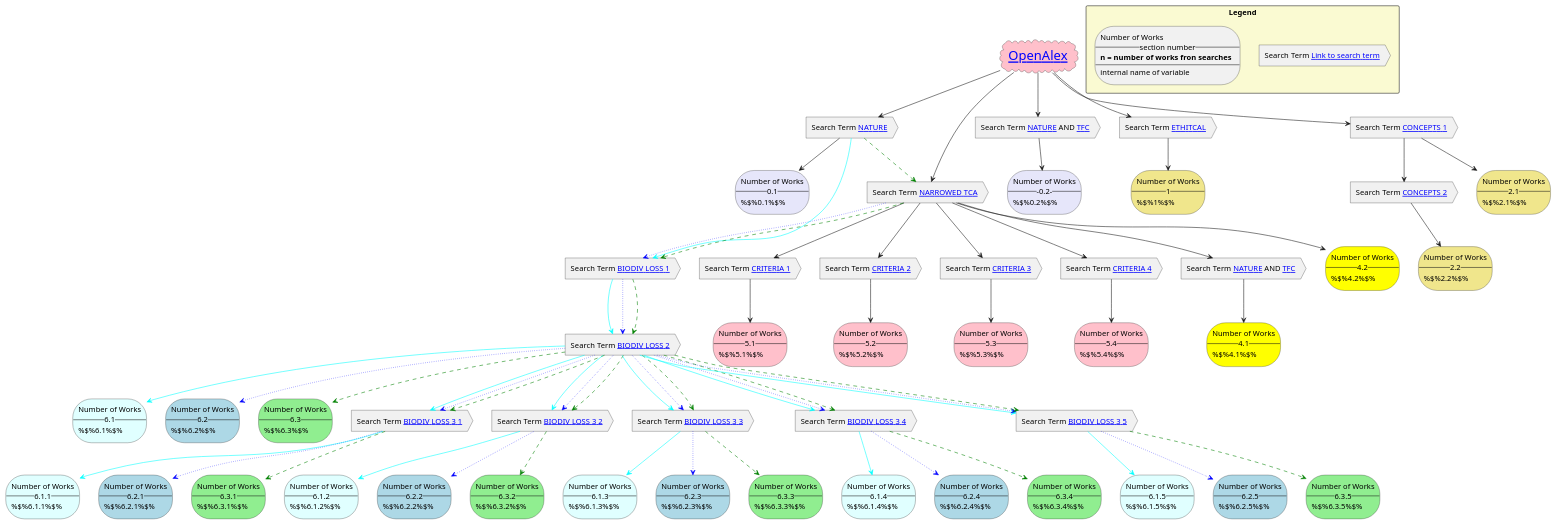
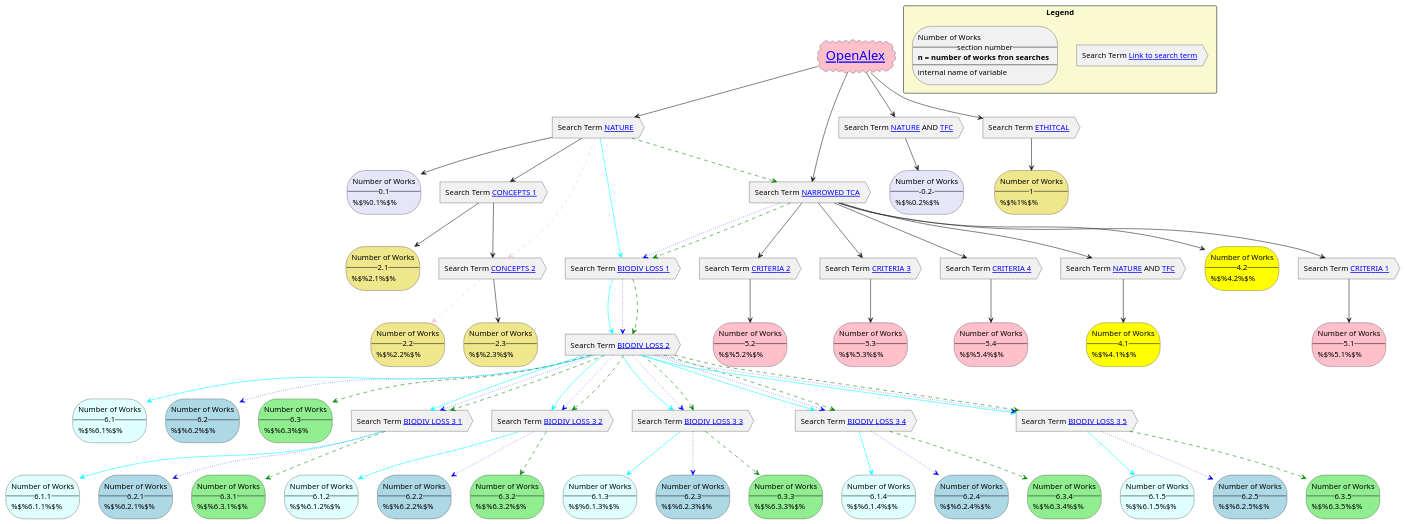
One commit to IPBES-Data/IPBES_TCA_Ch2_Vision changed the diagram in ch1_evidence_causes/input/Ch1_evidence_causes.plantuml. Above: the diagram before and after it, drawn with PlantUML. The commit also changed 13 other files, not shown here.

Commit message:
Concepts use Nature insted of TCA

```diff
--- a/ch1_evidence_causes/input/Ch1_evidence_causes.plantuml
+++ b/ch1_evidence_causes/input/Ch1_evidence_causes.plantuml
@@ -34,13 +34,18 @@
 
 ' part 2
 action "Search Term [[https://ipbes-data.github.io/IPBES_TCA_Corpus/input/ch1_evidence_causes/concepts_1.txt CONCEPTS 1]]" as ch1_concepts_1
-openalex --> ch1_concepts_1
+ch1_nature --> ch1_concepts_1
 storage "Number of Works\n--2.1--\n%$%2.1%$%" as ch1_concepts_1_count #Khaki
 ch1_concepts_1 --> ch1_concepts_1_count
 
 action "Search Term [[https://ipbes-data.github.io/IPBES_TCA_Corpus/input/ch1_evidence_causes/concepts_2.txt CONCEPTS 2]]" as ch1_concepts_2
+ch1_nature --> ch1_concepts_2 #pink;line.dashed
+storage "Number of Works\n--2.2--\n%$%2.2%$%" as ch1_concepts_2_count #Khaki
+ch1_concepts_2 --> ch1_concepts_2_count #pink;line.dashed
+
+action "Search Term [[https://ipbes-data.github.io/IPBES_TCA_Corpus/input/ch1_evidence_causes/concepts_2.txt CONCEPTS 2]]" as ch1_concepts_2
 ch1_concepts_1 --> ch1_concepts_2
-storage "Number of Works\n--2.2--\n%$%2.2%$%" as ch1_concepts_1_concepts_2_count #Khaki
+storage "Number of Works\n--2.3--\n%$%2.3%$%" as ch1_concepts_1_concepts_2_count #Khaki
 ch1_concepts_2 --> ch1_concepts_1_concepts_2_count
 
 
```
